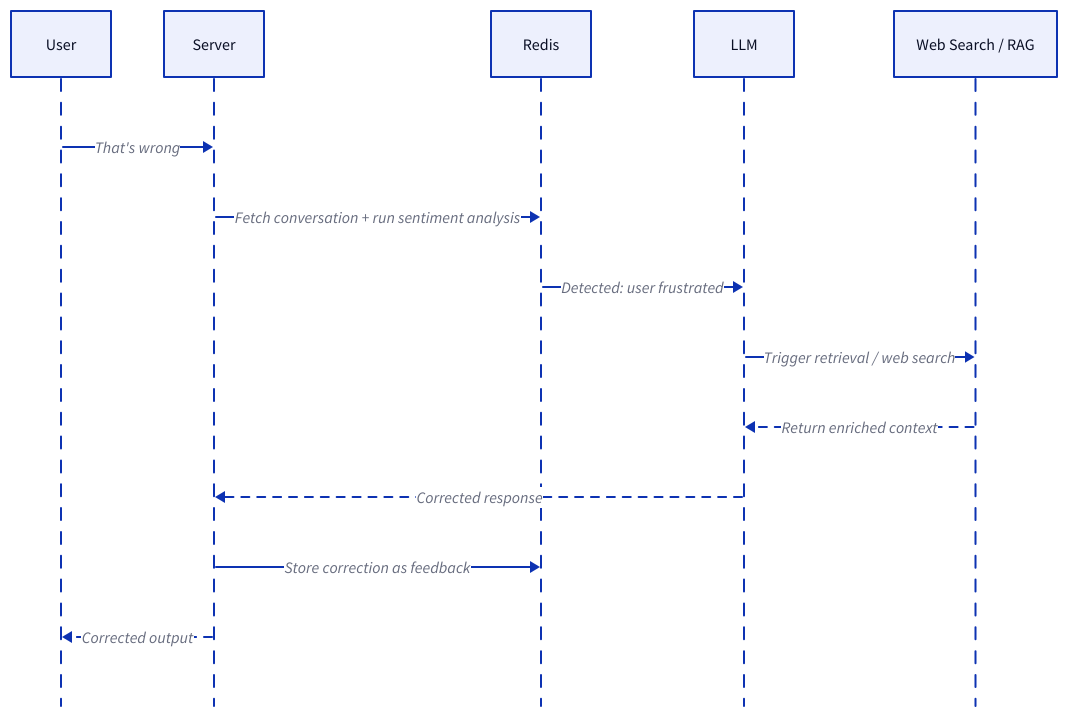
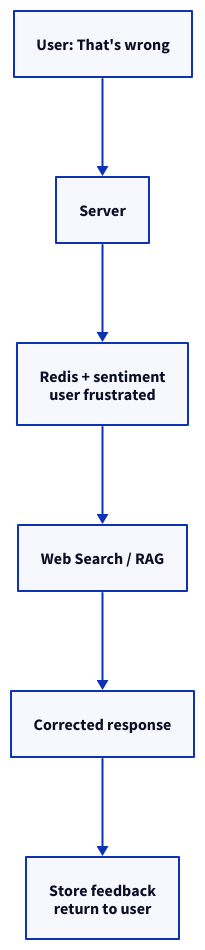
The fifth of 6 diagrams in src/content/blog/context-management-window.md (g-savitha/gsavitha.in), drawn with D2 before and after one commit. The commit also changed other lines of this file and 11 other files, not shown here.

````diff
--- a/src/content/blog/context-management-window.md
+++ b/src/content/blog/context-management-window.md
@@ -248,16 +244,10 @@
 ```d2
-shape: sequence_diagram
-User: User
-Server: Server
-Redis: Redis
-LLM: LLM
-Web: "Web Search / RAG"
-User -> Server: "That's wrong"
-Server -> Redis: "Fetch conversation + run sentiment analysis"
-Redis -> LLM: "Detected: user frustrated"
-LLM -> Web: "Trigger retrieval / web search"
-Web -> LLM: "Return enriched context" {style.stroke-dash: 4}
-LLM -> Server: "Corrected response" {style.stroke-dash: 4}
-Server -> Redis: "Store correction as feedback"
-Server -> User: "Corrected output" {style.stroke-dash: 4}
+direction: down
+User: "User: That's wrong" {class: success}
+Server: Server {class: primary}
+Sent: "Redis + sentiment\nuser frustrated" {class: danger}
+Web: "Web Search / RAG" {class: accent}
+LLM: "Corrected response" {class: accent}
+Fb: "Store feedback\nreturn to user" {class: info}
+User -> Server -> Sent -> Web -> LLM -> Fb
 ```
````
